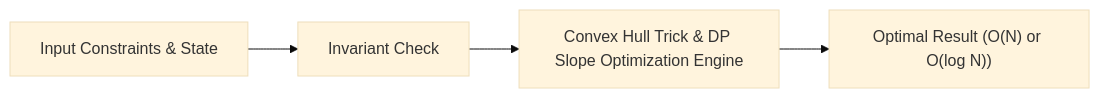
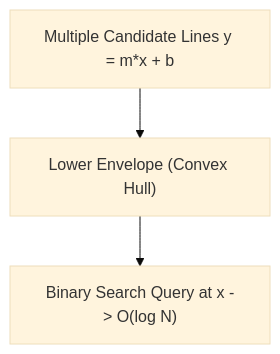
The diagram in week_17_advanced_graphs_hld_fft/Week_17_Day_01_Convex_Hull_Trick_DP_Optimization_Instructional.md (dip4k/DSA_102), drawn with Mermaid (base theme) before and after one commit. The commit also changed other lines of this file and 70 other files, not shown here.

````diff
--- a/week_17_advanced_graphs_hld_fft/Week_17_Day_01_Convex_Hull_Trick_DP_Optimization_Instructional.md
+++ b/week_17_advanced_graphs_hld_fft/Week_17_Day_01_Convex_Hull_Trick_DP_Optimization_Instructional.md
@@ -28,6 +33,5 @@
 ```mermaid
-flowchart LR
-    Input["Input Constraints & State"] --> Analysis["Invariant Check"]
-    Analysis --> Engine["Convex Hull Trick & DP Slope Optimization Engine"]
-    Engine --> Output["Optimal Result (O(N) or O(log N))"]
+flowchart TD
+    Lines["Multiple Candidate Lines y = m*x + b"] --> Envelope["Lower Envelope (Convex Hull)"]
+    Envelope --> Query["Binary Search Query at x -> O(log N)"]
 ```
````
